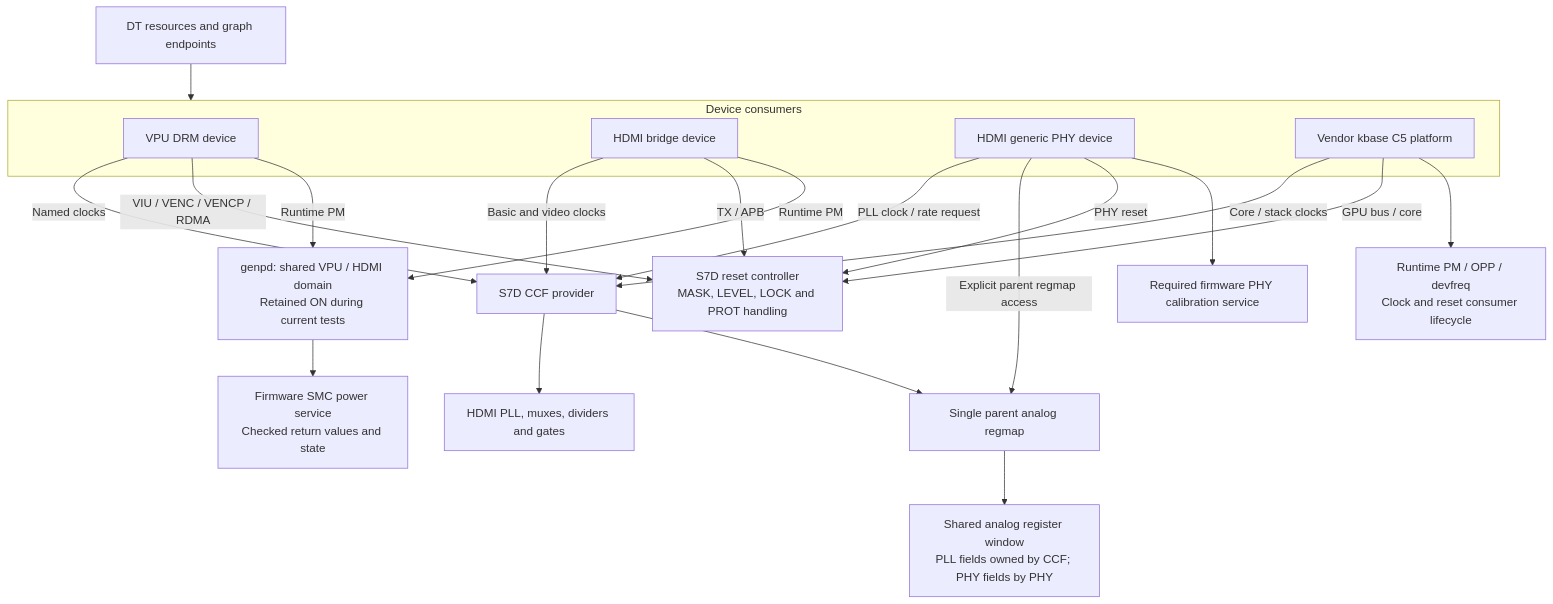
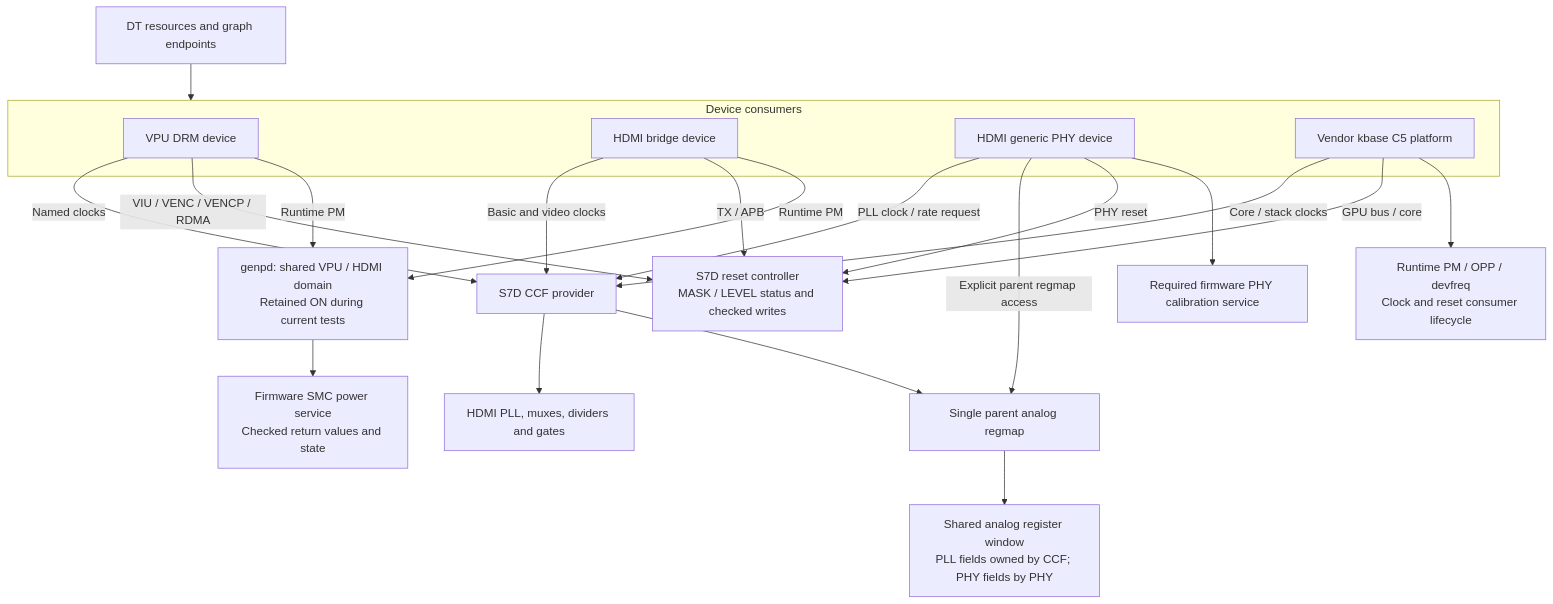
The third of 5 diagrams in README.md (shinys000114/common_drivers), drawn with Mermaid before and after one commit. The commit also changed other lines of this file, not shown here.

````diff
--- a/README.md
+++ b/README.md
@@ -246,31 +251,31 @@
 ```mermaid
 flowchart TB
     dt["DT resources and graph endpoints"] --> consumers
 
     subgraph consumers[Device consumers]
         rvpu["VPU DRM device"]
         rtx["HDMI bridge device"]
         rphy["HDMI generic PHY device"]
         rgpu["Vendor kbase C5 platform"]
     end
 
     rvpu -->|"Named clocks"| ccf["S7D CCF provider"]
     rtx -->|"Basic and video clocks"| ccf
     rphy -->|"PLL clock / rate request"| ccf
     rgpu -->|"Core / stack clocks"| ccf
     ccf --> pll["HDMI PLL, muxes, dividers and gates"]
     ccf --> analog["Single parent analog regmap"]
     rphy -->|"Explicit parent regmap access"| analog
     analog --> analoghw["Shared analog register window<br/>PLL fields owned by CCF; PHY fields by PHY"]
 
-    rvpu -->|"VIU / VENC / VENCP / RDMA"| reset["S7D reset controller<br/>MASK, LEVEL, LOCK and PROT handling"]
+    rvpu -->|"VIU / VENC / VENCP / RDMA"| reset["S7D reset controller<br/>MASK / LEVEL status and checked writes"]
     rtx -->|"TX / APB"| reset
     rphy -->|"PHY reset"| reset
     rgpu -->|"GPU bus / core"| reset
 
     rvpu -->|"Runtime PM"| domain["genpd: shared VPU / HDMI domain<br/>Retained ON during current tests"]
     rtx -->|"Runtime PM"| domain
     domain --> firmware["Firmware SMC power service<br/>Checked return values and state"]
     rgpu --> gpu_pm["Runtime PM / OPP / devfreq<br/>Clock and reset consumer lifecycle"]
     rphy --> calibration["Required firmware PHY calibration service"]
 ```
````
